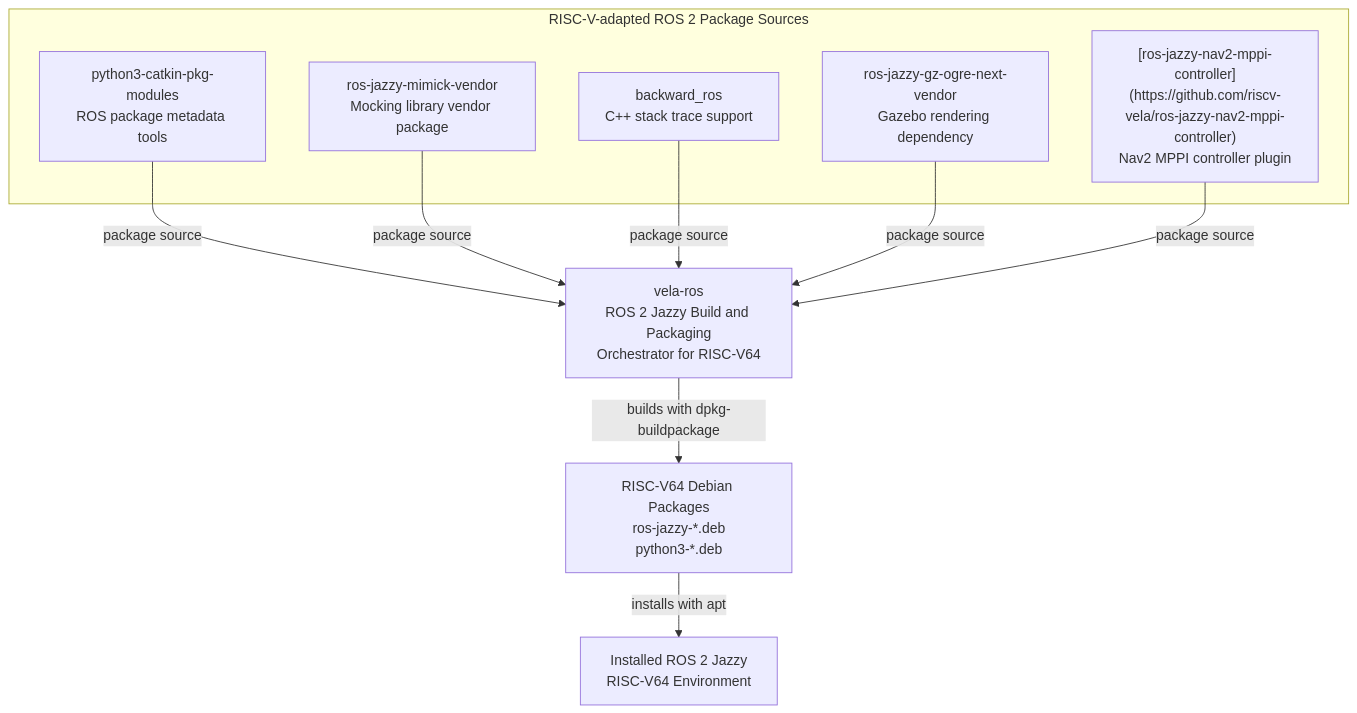
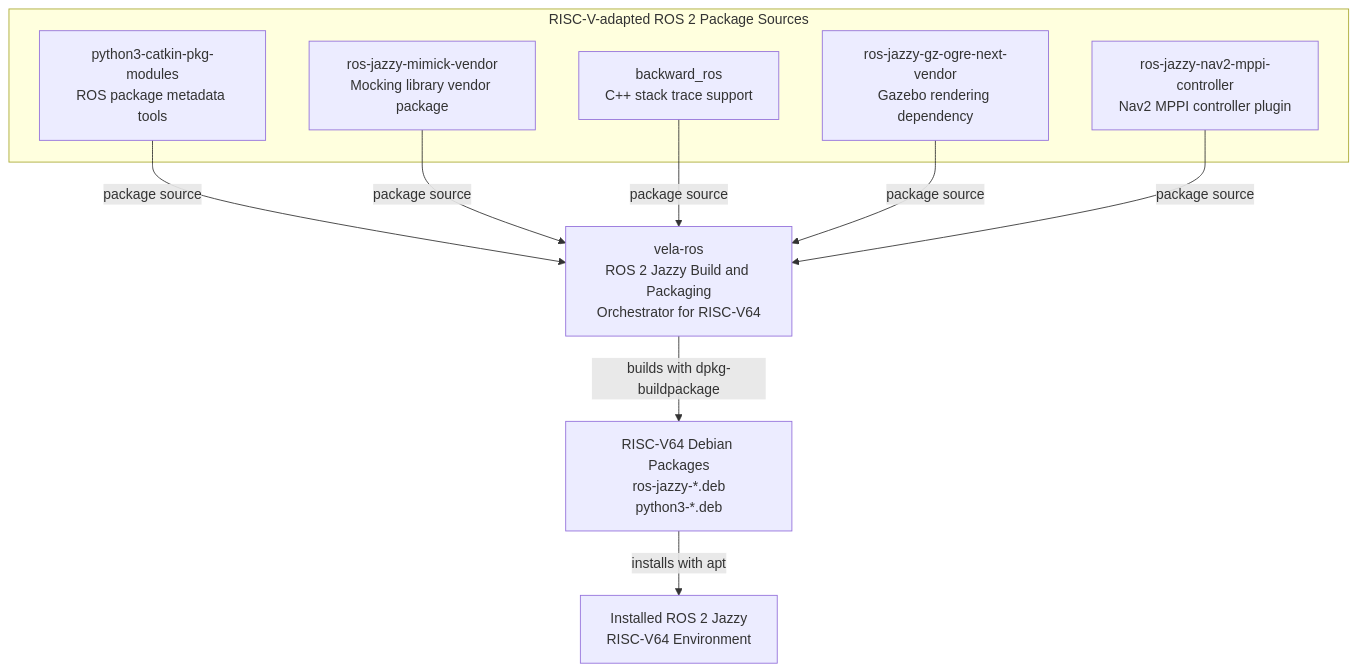
One commit to junho-falinux/vela-ros changed the diagram in README.md. Above: the diagram before and after it, drawn with Mermaid.

Commit message:
Fix MPPI link formatting in README.md
Updated MPPI entry in README to correct link formatting.

````diff
--- a/README.md
+++ b/README.md
@@ -15,25 +15,26 @@
 ```mermaid
 flowchart TB
     subgraph SOURCES["RISC-V-adapted ROS 2 Package Sources"]
         CATKIN["python3-catkin-pkg-modules<br/>ROS package metadata tools"]
         MIMICK["ros-jazzy-mimick-vendor<br/>Mocking library vendor package"]
         BACKWARD["backward_ros<br/>C++ stack trace support"]
         OGRE["ros-jazzy-gz-ogre-next-vendor<br/>Gazebo rendering dependency"]
-        MPPI["[ros-jazzy-nav2-mppi-controller](https://github.com/riscv-vela/ros-jazzy-nav2-mppi-controller)<br/>Nav2 MPPI controller plugin"]
+        MPPI["ros-jazzy-nav2-mppi-controller<br/>Nav2 MPPI controller plugin"]
+        click MPPI href "https://github.com/riscv-vela/ros-jazzy-nav2-mppi-controller" "MPPI controller plugin repository"
     end
 
     VELA["vela-ros<br/>ROS 2 Jazzy Build and Packaging<br/>Orchestrator for RISC-V64"]
 
     DEBS["RISC-V64 Debian Packages<br/>ros-jazzy-*.deb<br/>python3-*.deb"]
 
     ENV["Installed ROS 2 Jazzy<br/>RISC-V64 Environment"]
 
     CATKIN -->|"package source"| VELA
     MIMICK -->|"package source"| VELA
     BACKWARD -->|"package source"| VELA
     OGRE -->|"package source"| VELA
     MPPI -->|"package source"| VELA
 
     VELA -->|"builds with dpkg-buildpackage"| DEBS
     DEBS -->|"installs with apt"| ENV
 ```
````
